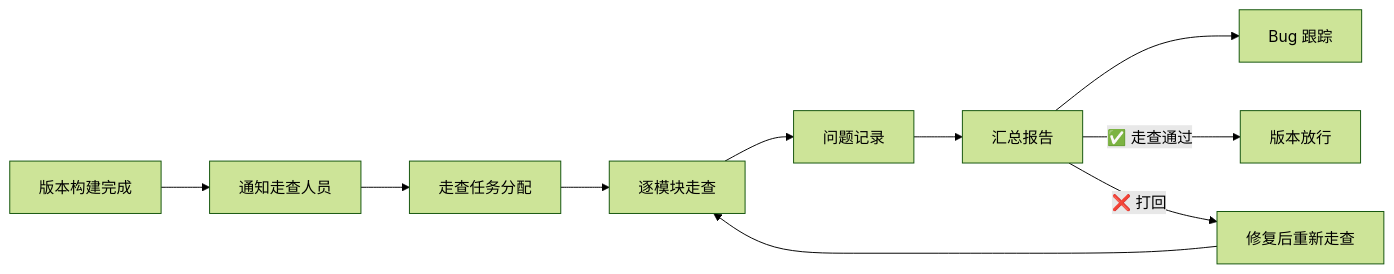
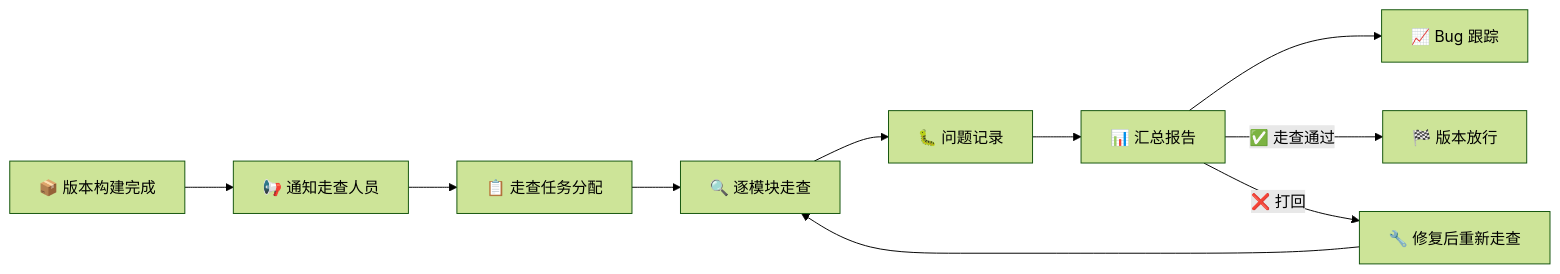
The diagram in docs/knowledge-base/art-vs-qa-checklist.md (diedie23/Game-Knowledge-Base), drawn with Mermaid (forest theme) before and after one commit. The commit also changed other lines of this file and 20 other files, not shown here.

````diff
--- a/docs/knowledge-base/art-vs-qa-checklist.md
+++ b/docs/knowledge-base/art-vs-qa-checklist.md
@@ -13,12 +13,12 @@
 ```mermaid
 graph LR
-    A[版本构建完成] --> B[通知走查人员]
-    B --> C[走查任务分配]
-    C --> D[逐模块走查]
-    D --> E[问题记录]
-    E --> F[汇总报告]
-    F --> G[Bug 跟踪]
-    F -->|✅ 走查通过| H[版本放行]
-    F -->|❌ 打回| I[修复后重新走查]
+    A[📦 版本构建完成] --> B[📢 通知走查人员]
+    B --> C[📋 走查任务分配]
+    C --> D[🔍 逐模块走查]
+    D --> E[🐛 问题记录]
+    E --> F[📊 汇总报告]
+    F --> G[📈 Bug 跟踪]
+    F -->|✅ 走查通过| H[🏁 版本放行]
+    F -->|❌ 打回| I[🔧 修复后重新走查]
     I --> D
 ```
````
